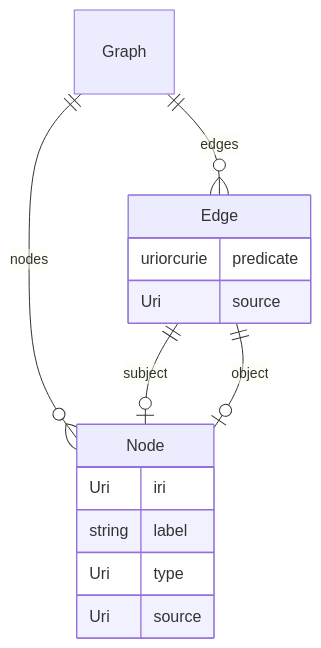
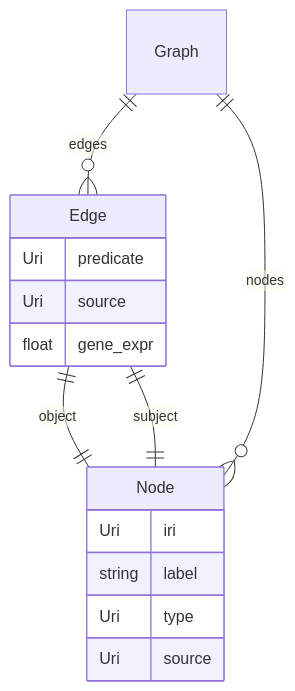
One commit to cns-iu/hra-hackathon-data changed the diagram in schemas/generated/mermaid.md. Above: the diagram before and after it, drawn with Mermaid. The commit also changed 39 other files, not shown here.

Commit message:
Added optional gene_expr edge annotation and added hra-pop gene expressions to the graph

````diff
--- a/schemas/generated/mermaid.md
+++ b/schemas/generated/mermaid.md
@@ -1,22 +1,23 @@
 ```mermaid
 erDiagram
+Edge {
+    Uri predicate  
+    Uri source  
+    float gene_expr  
+}
 Graph {
 
-}
-Edge {
-    uriorcurie predicate  
-    Uri source  
 }
 Node {
     Uri iri  
     string label  
     Uri type  
     Uri source  
 }
 
+Edge ||--|| Node : "object"
+Edge ||--|| Node : "subject"
+Graph ||--}o Edge : "edges"
 Graph ||--}o Node : "nodes"
-Graph ||--}o Edge : "edges"
-Edge ||--|o Node : "subject"
-Edge ||--|o Node : "object"
 
 ```
````
